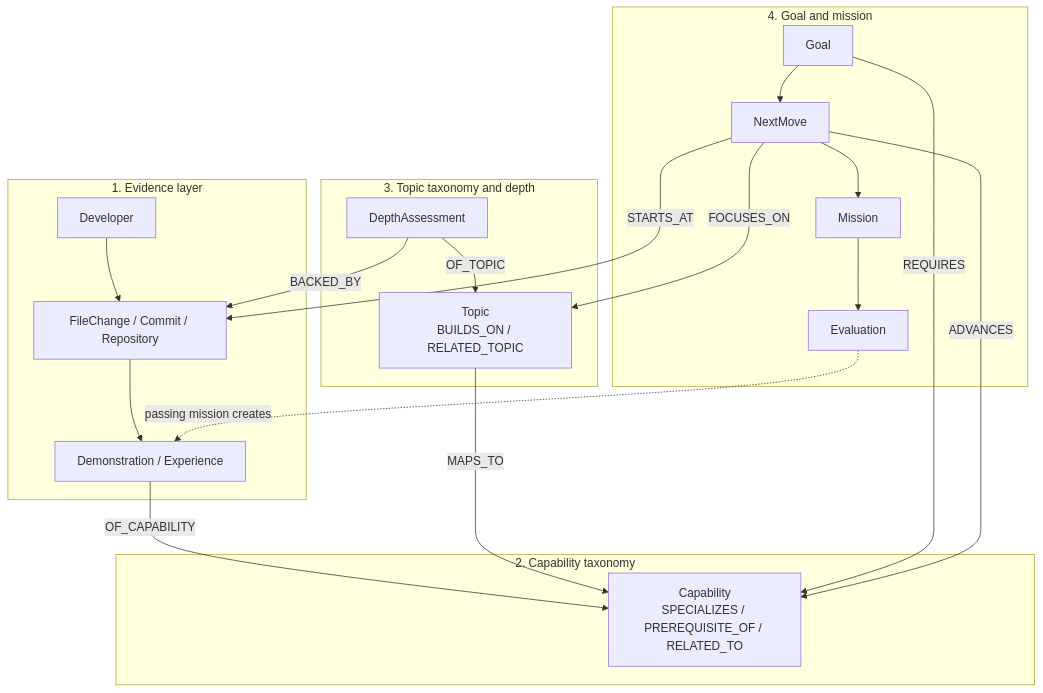
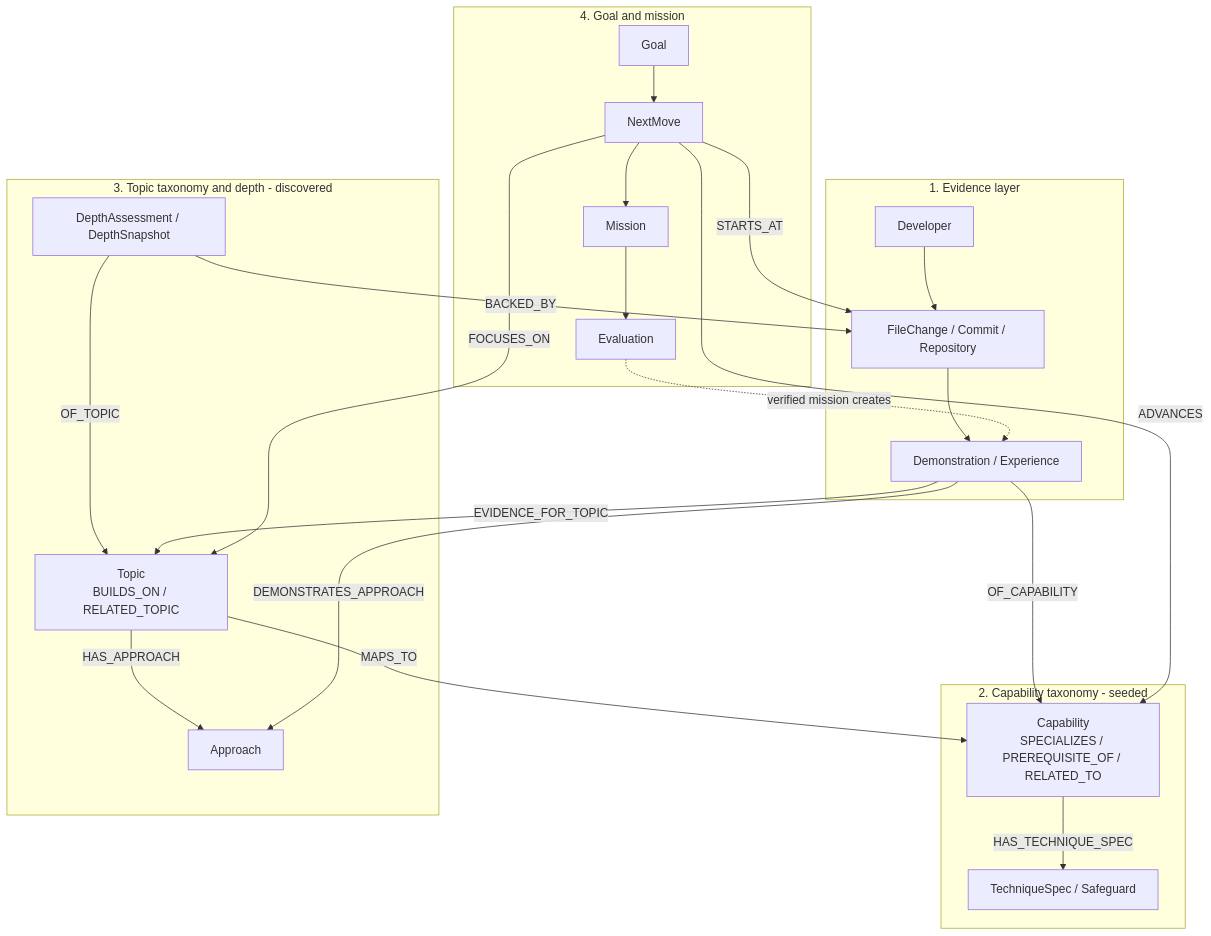
Before and after one commit to AymaanPathan/pathaway.io: the third of 14 diagrams in README.md, drawn with Mermaid. The commit also changed other lines of this file, not shown here.

````diff
--- a/README.md
+++ b/README.md
@@ -244,26 +249,31 @@
 ```mermaid
 flowchart TB
     subgraph L1[1. Evidence layer]
         D1[Developer] --> FC[FileChange / Commit / Repository]
         FC --> DEM[Demonstration / Experience]
     end
-    subgraph L2[2. Capability taxonomy]
+    subgraph L2[2. Capability taxonomy - seeded]
         CAP[Capability<br/>SPECIALIZES / PREREQUISITE_OF / RELATED_TO]
+        TS[TechniqueSpec / Safeguard]
     end
-    subgraph L3[3. Topic taxonomy and depth]
+    subgraph L3[3. Topic taxonomy and depth - discovered]
         TOP[Topic<br/>BUILDS_ON / RELATED_TOPIC]
-        DA2[DepthAssessment]
+        APP[Approach]
+        DA2[DepthAssessment / DepthSnapshot]
     end
     subgraph L4[4. Goal and mission]
         GOAL[Goal] --> NM[NextMove] --> MIS[Mission] --> EVAL[Evaluation]
     end
     DEM -->|OF_CAPABILITY| CAP
+    CAP -->|HAS_TECHNIQUE_SPEC| TS
     TOP -->|MAPS_TO| CAP
+    TOP -->|HAS_APPROACH| APP
     DA2 -->|OF_TOPIC| TOP
     DA2 -->|BACKED_BY| FC
-    GOAL -->|REQUIRES| CAP
+    DEM -->|EVIDENCE_FOR_TOPIC| TOP
+    DEM -->|DEMONSTRATES_APPROACH| APP
     NM -->|FOCUSES_ON| TOP
     NM -->|ADVANCES| CAP
     NM -->|STARTS_AT| FC
-    EVAL -.->|passing mission creates| DEM
+    EVAL -.->|verified mission creates| DEM
 ```
````
